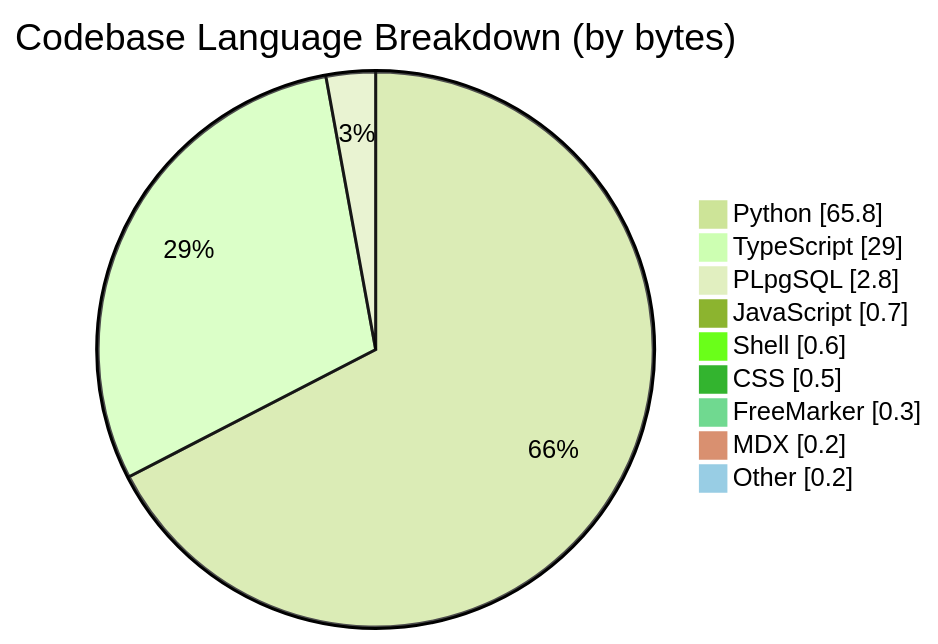
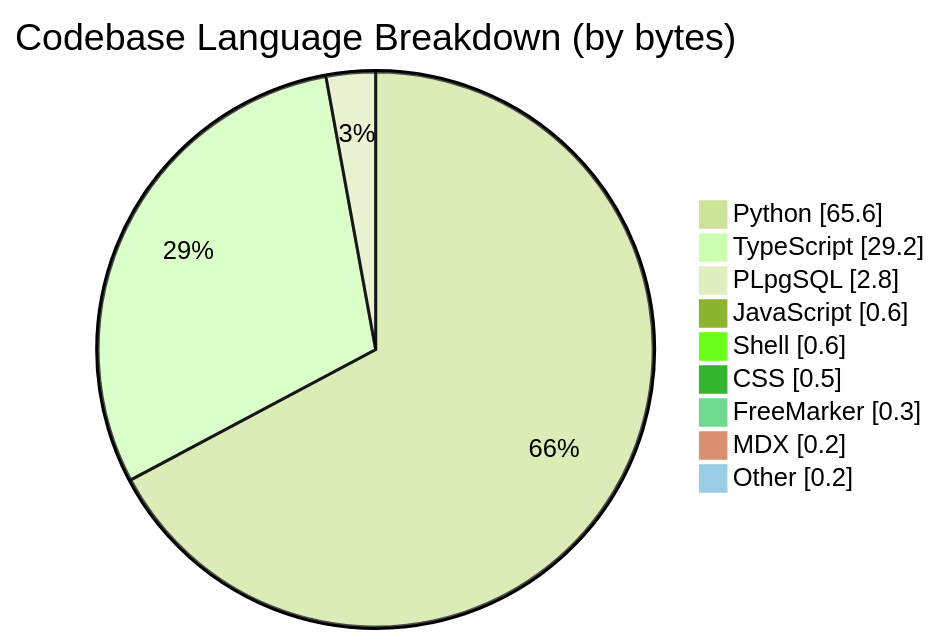
The third of 4 diagrams in profile/README.md (CSTH-Projects/.github), drawn with Mermaid (forest theme) before and after one commit. The commit also changed other lines of this file, not shown here.

````diff
--- a/profile/README.md
+++ b/profile/README.md
@@ -63,13 +63,13 @@
 ```mermaid
 pie showData
     title Codebase Language Breakdown (by bytes)
-    "Python" : 65.8
-    "TypeScript" : 29.0
+    "Python" : 65.6
+    "TypeScript" : 29.2
     "PLpgSQL" : 2.8
-    "JavaScript" : 0.7
+    "JavaScript" : 0.6
     "Shell" : 0.6
     "CSS" : 0.5
     "FreeMarker" : 0.3
     "MDX" : 0.2
     "Other" : 0.2
 ```
````
